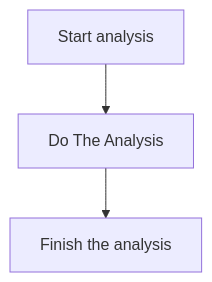
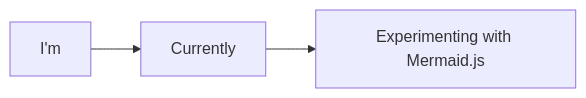
The diagram in README.md (CarstenSavage47/CarstenSavage47), drawn with Mermaid before and after one commit.

````diff
--- a/README.md
+++ b/README.md
@@ -4,5 +4,5 @@
 ```mermaid
-flowchart 
-    A[Start analysis] --> B[Do The Analysis]
-    B --> C[Finish the analysis]
+flowchart LR
+    A[I'm] --> B[Currently]
+    B --> C[Experimenting with Mermaid.js]
 ```
````
